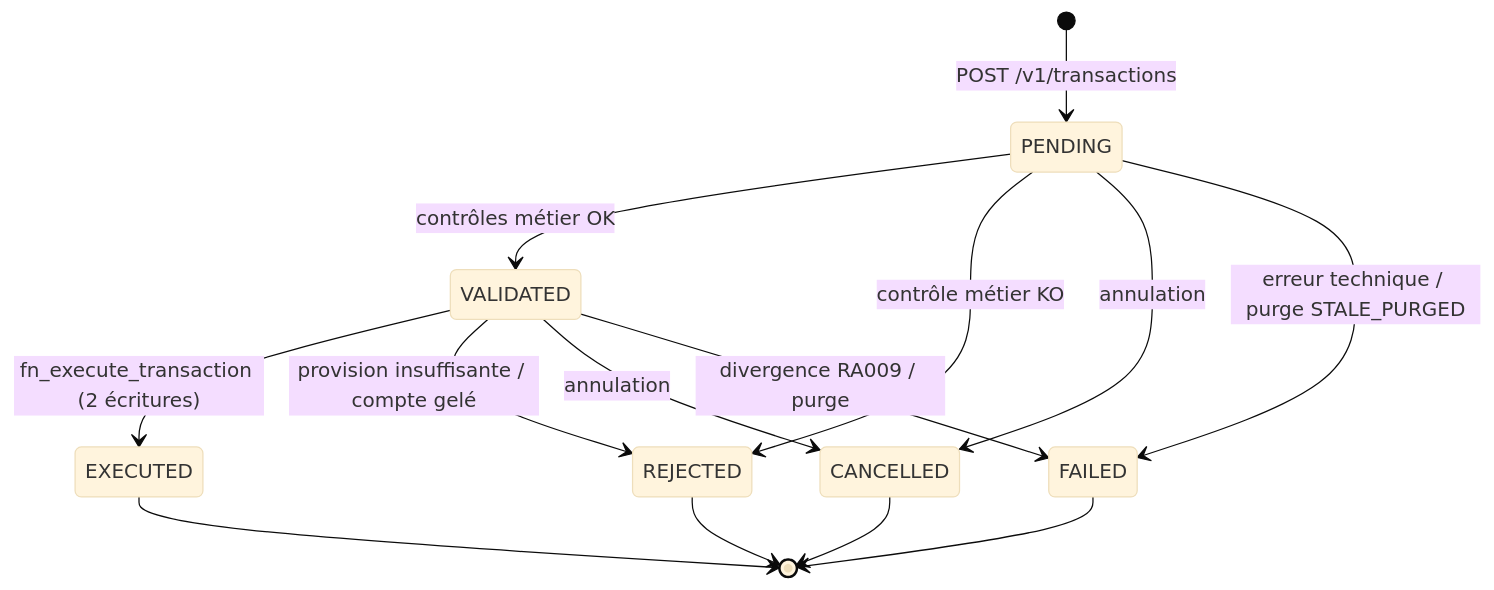
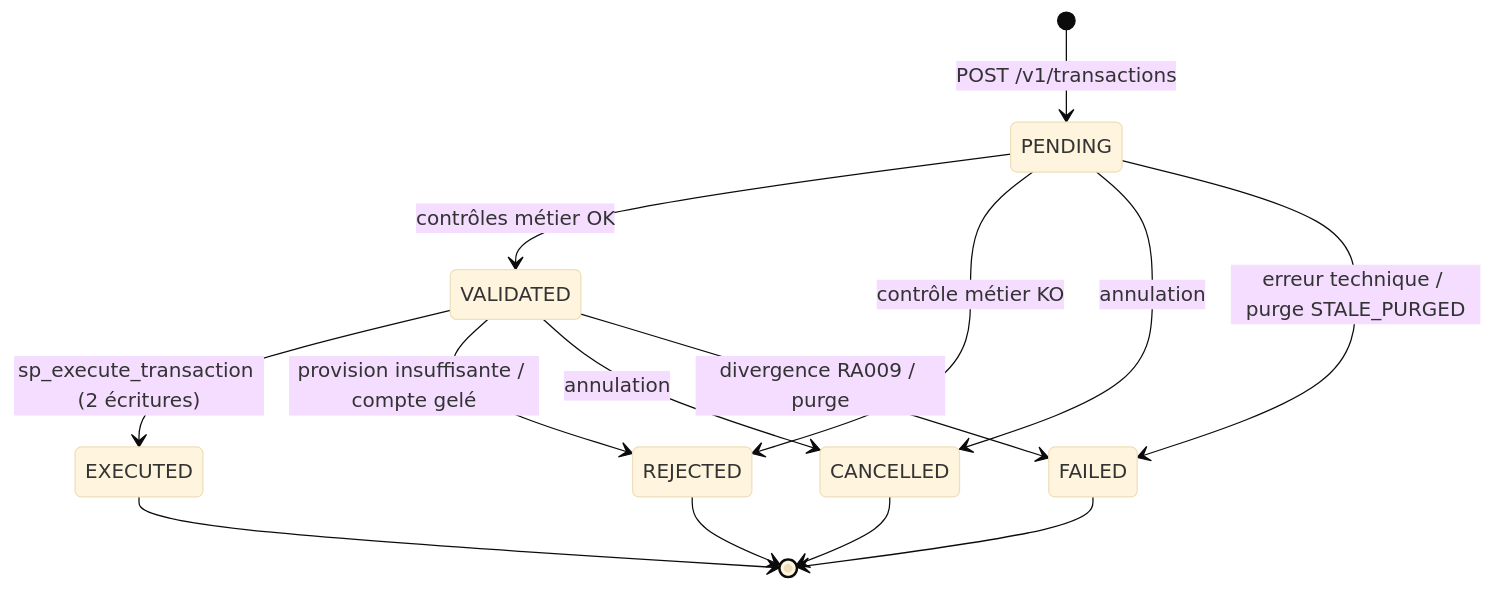
The third of 4 diagrams in docs/02-modele-donnees.md (HexNyo/WorkShop-2026), drawn with Mermaid (base theme) before and after one commit. The commit also changed other lines of this file and 64 other files, not shown here.

````diff
--- a/docs/02-modele-donnees.md
+++ b/docs/02-modele-donnees.md
@@ -147,16 +147,16 @@
 ```mermaid
 stateDiagram-v2
     [*] --> PENDING : POST /v1/transactions
     PENDING --> VALIDATED : contrôles métier OK
     PENDING --> REJECTED : contrôle métier KO
     PENDING --> CANCELLED : annulation
     PENDING --> FAILED : erreur technique / purge STALE_PURGED
-    VALIDATED --> EXECUTED : fn_execute_transaction (2 écritures)
+    VALIDATED --> EXECUTED : sp_execute_transaction (2 écritures)
     VALIDATED --> REJECTED : provision insuffisante / compte gelé
     VALIDATED --> CANCELLED : annulation
     VALIDATED --> FAILED : divergence RA009 / purge
     EXECUTED --> [*]
     REJECTED --> [*]
     CANCELLED --> [*]
     FAILED --> [*]
 ```
````
